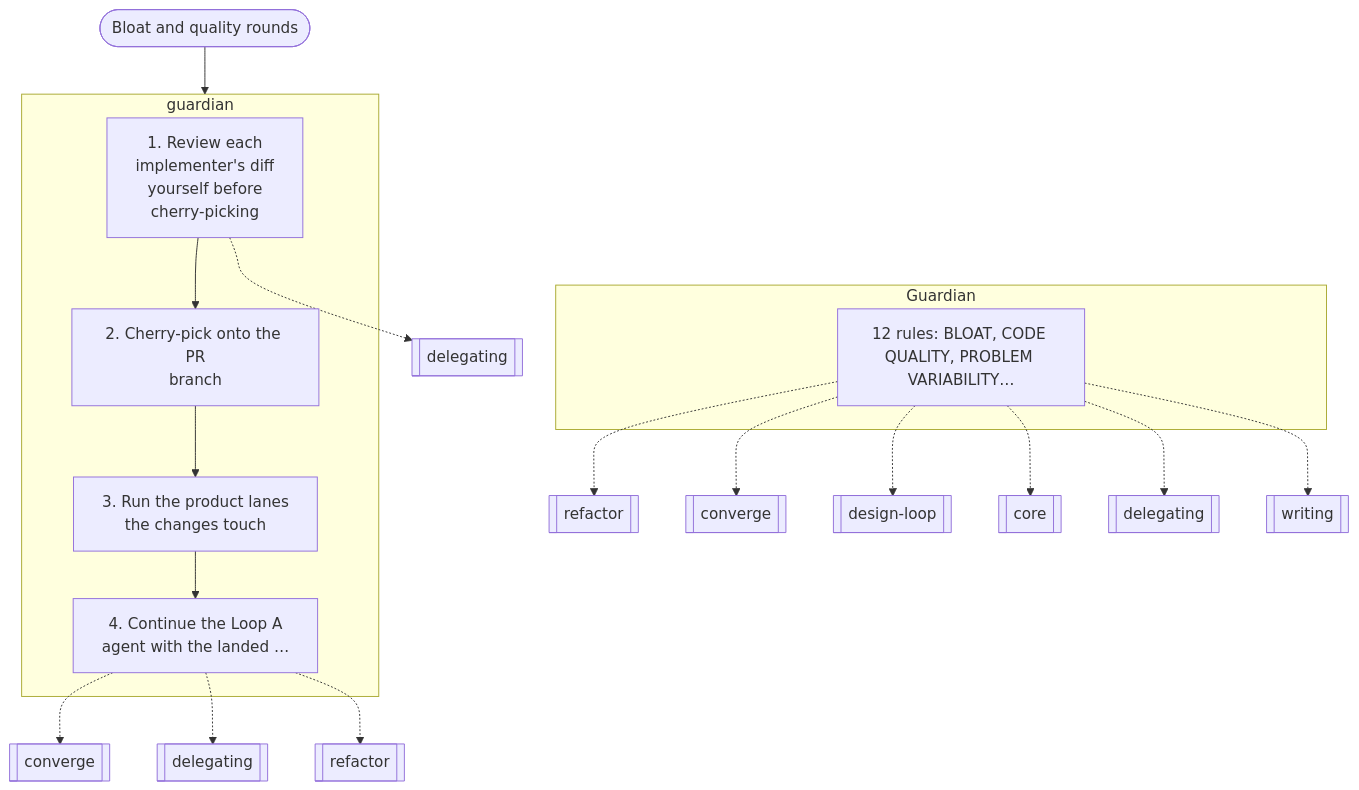
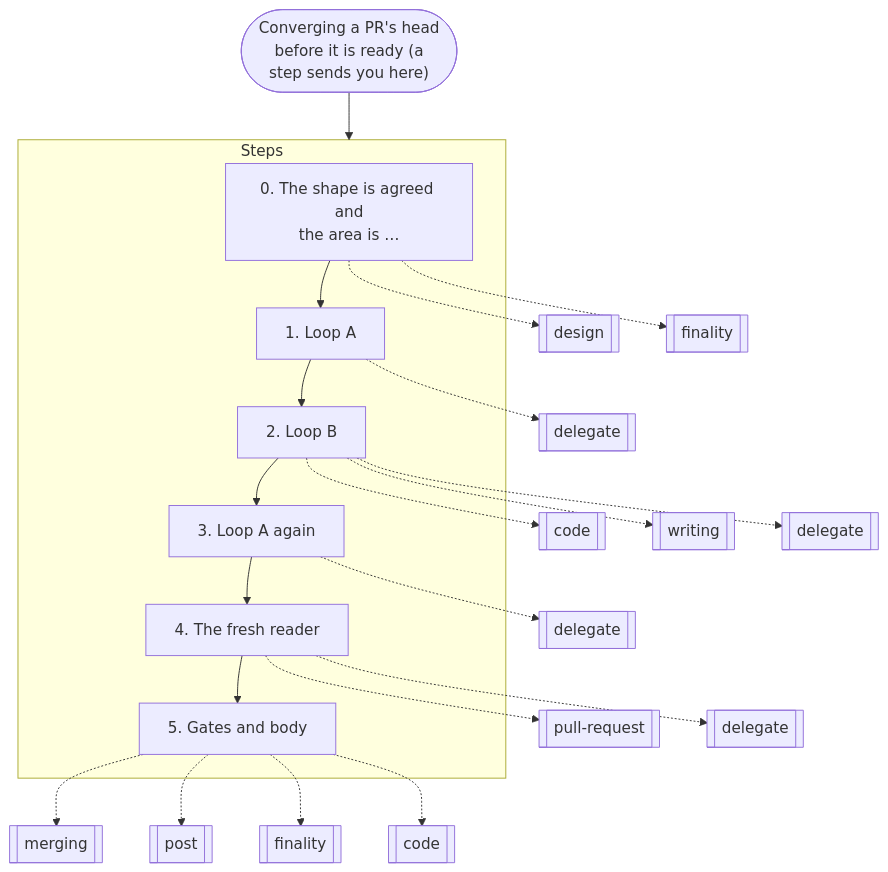
Diagram 11 of 16 in docs/graphs.md (nitedani-agent/mergeworthy), drawn with Mermaid before and after one commit. The commit also changed other lines of this file and 60 other files, not shown here.

````diff
--- a/docs/graphs.md
+++ b/docs/graphs.md
@@ -404,28 +284,31 @@
 ```mermaid
 flowchart TB
-  start(["Bloat and quality rounds"])
-  subgraph g0["guardian"]
-    s0["1. Review each<br/>implementer's diff<br/>yourself before<br/>cherry-picking"]
-    s1["2. Cherry-pick onto the PR<br/>branch"]
+  start(["Converging a PR's head<br/>before it is ready (a<br/>step sends you here)"])
+  subgraph g0["Steps"]
+    s0["0. The shape is agreed and<br/>the area is …"]
+    s1["1. Loop A"]
     s0 --> s1
-    s2["3. Run the product lanes<br/>the changes touch"]
+    s2["2. Loop B"]
     s1 --> s2
-    s3["4. Continue the Loop A<br/>agent with the landed …"]
+    s3["3. Loop A again"]
     s2 --> s3
+    s4["4. The fresh reader"]
+    s3 --> s4
+    s5["5. Gates and body"]
+    s4 --> s5
   end
-  s0 -.-> r1[["delegating"]]
-  s3 -.-> r2[["converge"]]
-  s3 -.-> r3[["delegating"]]
-  s3 -.-> r4[["refactor"]]
-  subgraph g1["Guardian"]
-    s4["12 rules: BLOAT, CODE QUALITY, PROBLEM VARIABILITY…"]
-  end
-  s4 -.-> r5[["refactor"]]
-  s4 -.-> r6[["converge"]]
-  s4 -.-> r7[["design-loop"]]
-  s4 -.-> r8[["core"]]
-  s4 -.-> r9[["delegating"]]
-  s4 -.-> r10[["writing"]]
+  s0 -.-> r1[["design"]]
+  s0 -.-> r2[["finality"]]
+  s1 -.-> r3[["delegate"]]
+  s2 -.-> r4[["code"]]
+  s2 -.-> r5[["writing"]]
+  s2 -.-> r6[["delegate"]]
+  s3 -.-> r7[["delegate"]]
+  s4 -.-> r8[["pull-request"]]
+  s4 -.-> r9[["delegate"]]
+  s5 -.-> r10[["merging"]]
+  s5 -.-> r11[["post"]]
+  s5 -.-> r12[["finality"]]
+  s5 -.-> r13[["code"]]
   start --> g0
-  g0 ~~~ g1
 ```
````
